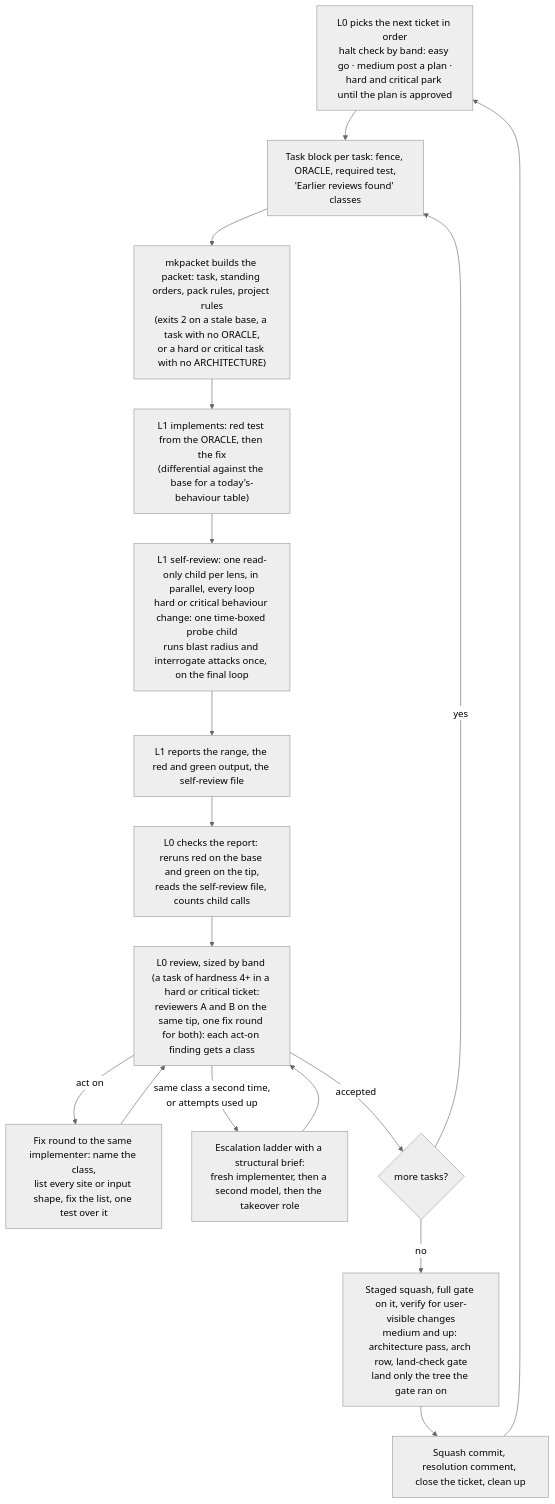
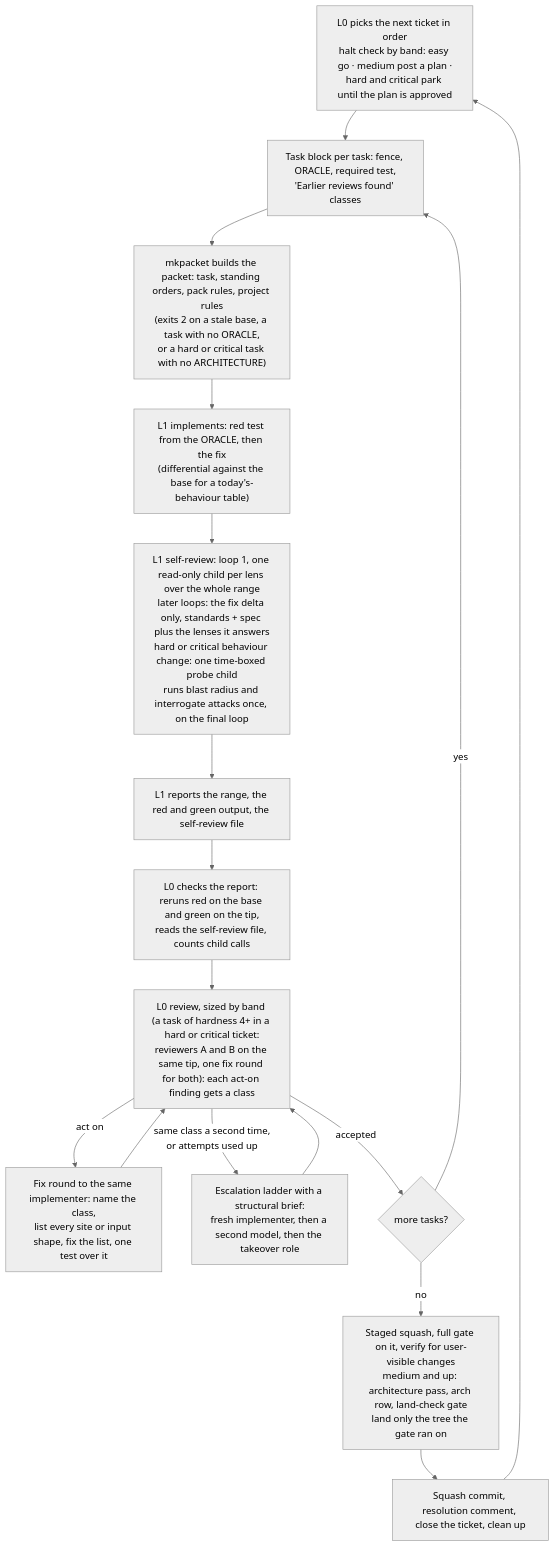
Before and after one commit to kushaldotdev/rigor-pack: the seventh of 7 diagrams in README.md, drawn with Mermaid (neutral theme). The commit also changed other lines of this file and 14 other files, not shown here.

````diff
--- a/README.md
+++ b/README.md
@@ -164,19 +164,19 @@
 ```mermaid
 flowchart TD
   P["L0 picks the next ticket in order<br/>halt check by band: easy go · medium post a plan ·<br/>hard and critical park until the plan is approved"] --> O["Task block per task: fence, ORACLE, required test,<br/>'Earlier reviews found' classes"]
   O --> K["mkpacket builds the packet: task, standing orders, pack rules, project rules<br/>(exits 2 on a stale base, a task with no ORACLE,<br/>or a hard or critical task with no ARCHITECTURE)"]
   K --> I["L1 implements: red test from the ORACLE, then the fix<br/>(differential against the base for a today's-behaviour table)"]
-  I --> SR["L1 self-review: one read-only child per lens, in parallel, every loop<br/>hard or critical behaviour change: one time-boxed probe child<br/>runs blast radius and interrogate attacks once, on the final loop"]
+  I --> SR["L1 self-review: loop 1, one read-only child per lens over the whole range<br/>later loops: the fix delta only, standards + spec plus the lenses it answers<br/>hard or critical behaviour change: one time-boxed probe child<br/>runs blast radius and interrogate attacks once, on the final loop"]
   SR --> R["L1 reports the range, the red and green output, the self-review file"]
   R --> C["L0 checks the report: reruns red on the base and green on the tip,<br/>reads the self-review file, counts child calls"]
   C --> RV["L0 review, sized by band (a task of hardness 4+ in a hard or critical ticket:<br/>reviewers A and B on the same tip, one fix round for both): each act-on finding gets a class"]
   RV -- "act on" --> FX["Fix round to the same implementer: name the class,<br/>list every site or input shape, fix the list, one test over it"]
   FX --> RV
   RV -- "same class a second time,<br/>or attempts used up" --> TK["Escalation ladder with a structural brief:<br/>fresh implementer, then a second model, then the takeover role"]
   TK --> RV
   RV -- accepted --> N{"more tasks?"}
   N -- yes --> O
   N -- no --> G["Staged squash, full gate on it, verify for user-visible changes<br/>medium and up: architecture pass, arch row, land-check gate<br/>land only the tree the gate ran on"]
   G --> CL["Squash commit, resolution comment, close the ticket, clean up"]
   CL --> P
 ```
````
